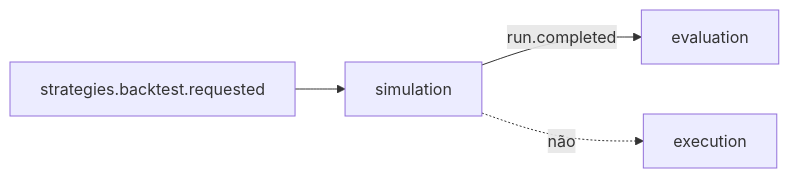
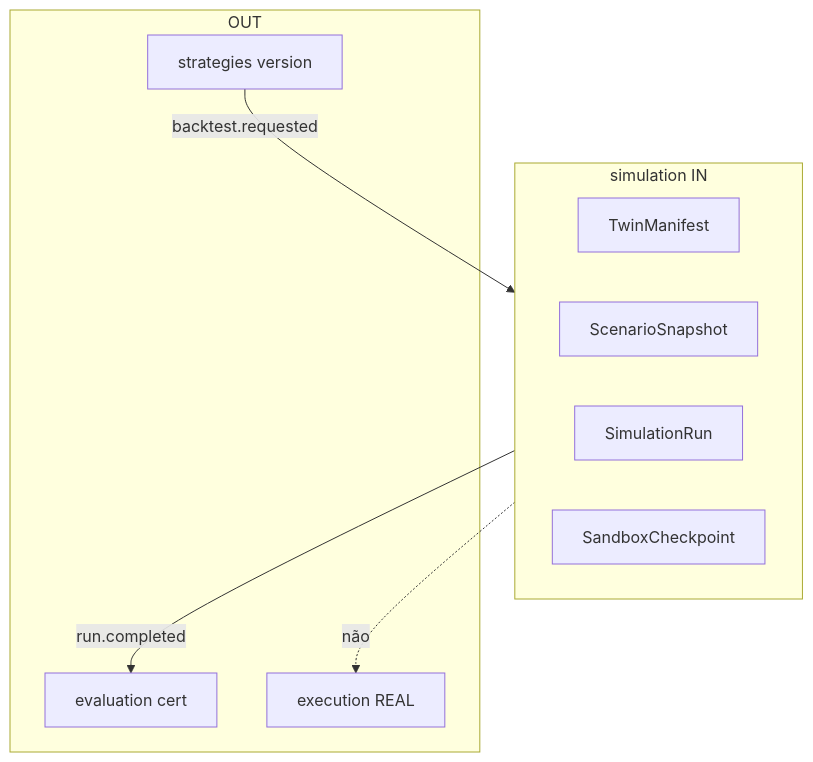
The diagram in docs/orchestration/modules/simulation/R02-boundaries.md (jcafeitosa/anxionOS), drawn with Mermaid before and after one commit. The commit also changed other lines of this file and 8 other files, not shown here.

````diff
--- a/docs/orchestration/modules/simulation/R02-boundaries.md
+++ b/docs/orchestration/modules/simulation/R02-boundaries.md
@@ -34,6 +86,17 @@
 ```mermaid
-flowchart LR
-  st[strategies.backtest.requested] --> sim[simulation]
-  sim -->|run.completed| evl[evaluation]
-  sim -.->|não| ex[execution]
+flowchart TB
+  subgraph inn [simulation IN]
+    M[TwinManifest]
+    S[ScenarioSnapshot]
+    R[SimulationRun]
+    C[SandboxCheckpoint]
+  end
+  subgraph outt [OUT]
+    STR[strategies version]
+    EVL[evaluation cert]
+    EX[execution REAL]
+  end
+  STR -->|backtest.requested| inn
+  inn -->|run.completed| EVL
+  inn -.->|não| EX
 ```
````
